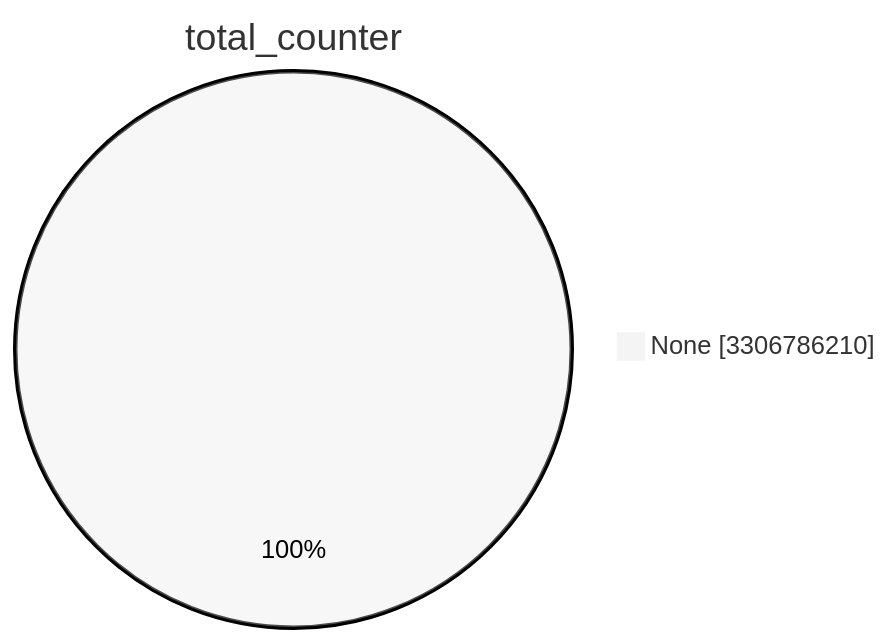
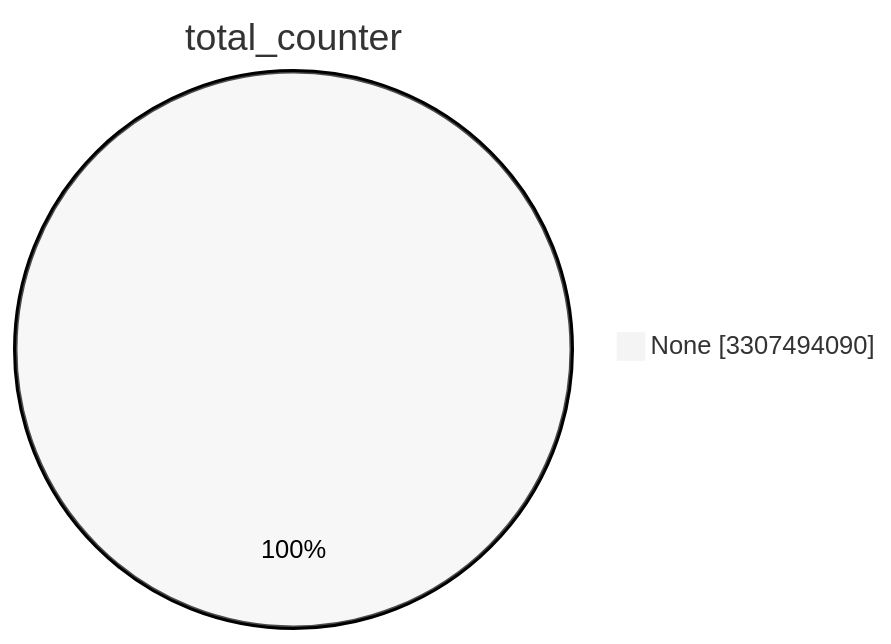
Before and after one commit to christiankrug/ctmonitor_visualization: the first of 15 diagrams in TOTAL/README.md, drawn with Mermaid (neutral theme). The commit also changed other lines of this file, not shown here.

````diff
--- a/TOTAL/README.md
+++ b/TOTAL/README.md
@@ -1,5 +1,5 @@
 ```mermaid
 pie showData
 title total_counter
-"None" :3306786210
+"None" :3307494090
 ```
````
